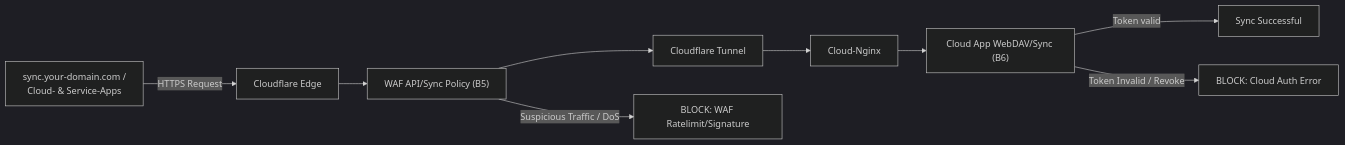
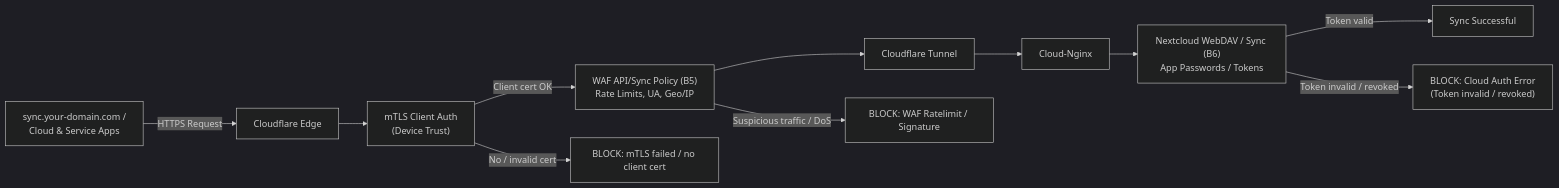
One commit to JoZapf/Zero-Trust-Selfhosted-Cloud-Multi-Layer-Edge-to-Origin-Security-Flow-Defense-Architecture changed the second of 3 diagrams in SECURITY.md. Above: the diagram before and after it, drawn with Mermaid. The commit also changed other lines of this file, not shown here.

Commit message:
docs: updating SECURITY.md - mTLS enforcment for mobile devices

````diff
--- a/SECURITY.md
+++ b/SECURITY.md
@@ -55,22 +55,29 @@
 ```mermaid
 %%{init: {'theme': 'dark'}}%%
 flowchart LR
-    SClient["sync.your-domain.com /<br>Cloud- & Service-Apps"]
+    SClient["sync.your-domain.com /<br>Cloud & Service Apps"]
     SCF["Cloudflare Edge"]
-    SWAF["WAF API/Sync Policy (B5)"]
+    SmTLS["mTLS Client Auth<br>(Device Trust)"]
+    SWAF["WAF API/Sync Policy (B5)<br>Rate Limits, UA, Geo/IP"]
     STunnel["Cloudflare Tunnel"]
     SNGINX["Cloud-Nginx"]
-    SAPP["Cloud App WebDAV/Sync (B6)"]
+    SAPP["Nextcloud WebDAV / Sync (B6)<br>App Passwords / Tokens"]
     SAccess["Sync Successful"]
 
-    SBlock1["BLOCK: WAF Ratelimit/Signature"]
-    SBlock2["BLOCK: Cloud Auth Error"]
+    SBlock0["BLOCK: mTLS failed / no client cert"]
+    SBlock1["BLOCK: WAF Ratelimit / Signature"]
+    SBlock2["BLOCK: Cloud Auth Error<br>(Token invalid / revoked)"]
 
     SClient -->|HTTPS Request| SCF
-    SCF --> SWAF
-    SWAF -->|Suspicious Traffic / DoS| SBlock1
+    SCF --> SmTLS
+
+    SmTLS -->|Client cert OK| SWAF
+    SmTLS -->|No / invalid cert| SBlock0
+
+    SWAF -->|Suspicious traffic / DoS| SBlock1
     SWAF --> STunnel
     STunnel --> SNGINX --> SAPP
+
     SAPP -->|Token valid| SAccess
-    SAPP -->|Token Invalid / Revoke| SBlock2
+    SAPP -->|Token invalid / revoked| SBlock2
 ```
````
